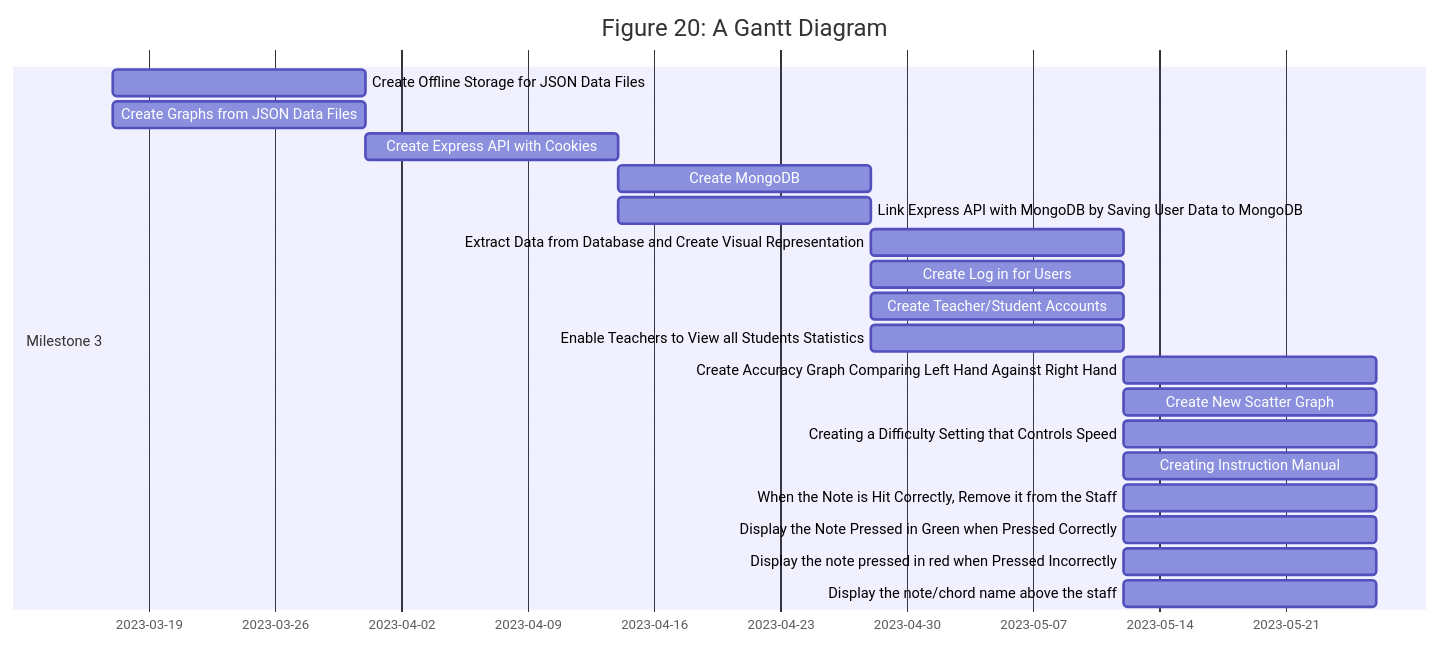
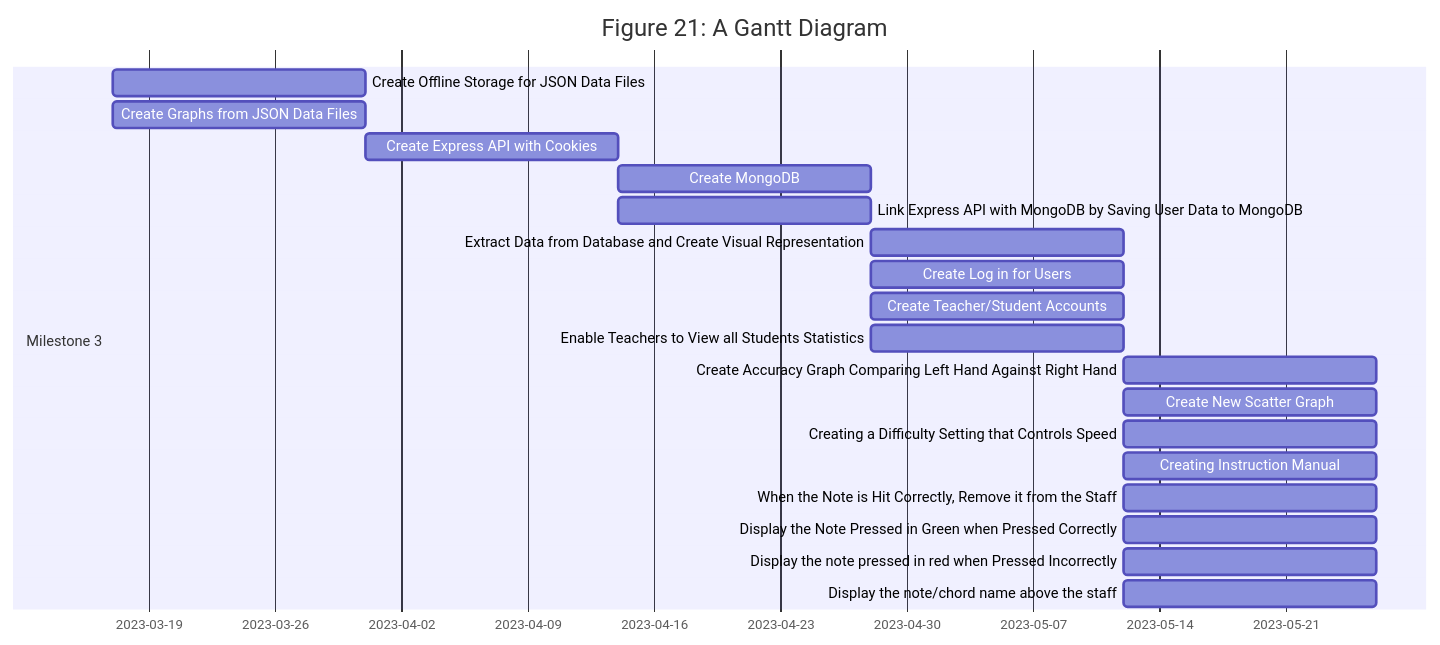
The third of 3 diagrams in Documentation.md (KieranBest/Final-Year-Project), drawn with Mermaid before and after one commit. The commit also changed other lines of this file and 7 other files, not shown here.

````diff
--- a/Documentation.md
+++ b/Documentation.md
@@ -902,24 +1094,24 @@
 ```mermaid
 gantt
-    title Figure 20: A Gantt Diagram
+    title Figure 21: A Gantt Diagram
     dateFormat  YYYY-MM-DD
 
     section Milestone 3
     Create Offline Storage for JSON Data Files                    :a12, 2023-03-17, 14d
     Create Graphs from JSON Data Files                            :a12, 2023-03-17, 14d
     Create Express API with Cookies                               :a13, after a12, 14d
     Create MongoDB                                                :a14, after a13, 14d
     Link Express API with MongoDB by Saving User Data to MongoDB  :a14, after a13, 14d
     Extract Data from Database and Create Visual Representation   :a15, after a14, 14d
     Create Log in for Users                                       :a15, after a14, 14d
     Create Teacher/Student Accounts                               :a15, after a14, 14d
     Enable Teachers to View all Students Statistics               :a15, after a14, 14d
     Create Accuracy Graph Comparing Left Hand Against Right Hand  :a16, after a15, 14d
     Create New Scatter Graph                                      :a16, after a15, 14d
     Creating a Difficulty Setting that Controls Speed             :a16, after a15, 14d
     Creating Instruction Manual                                   :a16, after a15, 14d
     When the Note is Hit Correctly, Remove it from the Staff      :a16, after a15, 14d
     Display the Note Pressed in Green when Pressed Correctly      :a16, after a15, 14d
     Display the note pressed in red when Pressed Incorrectly      :a16, after a15, 14d
     Display the note/chord name above the staff                   :a16, after a15, 14d
 ```
````
